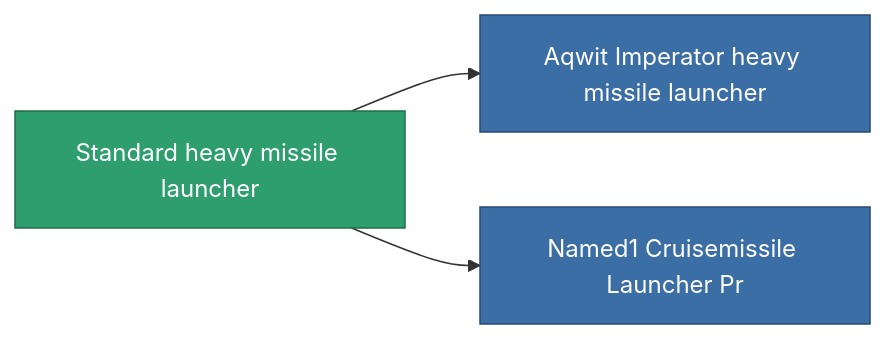
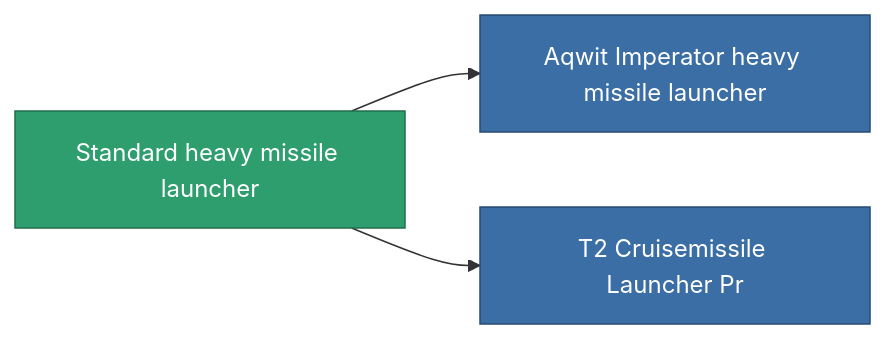
The diagram in content/content/items/standard_cruisemissile_launcher.md (OpenPerpetuum/Wiki), drawn with Mermaid before and after one commit. The commit also changed other lines of this file and 4904 other files, not shown here.

````diff
--- a/content/content/items/standard_cruisemissile_launcher.md
+++ b/content/content/items/standard_cruisemissile_launcher.md
@@ -59,13 +47,13 @@
 ```mermaid
 graph LR
     a["Standard heavy missile launcher"]:::current
     b["Aqwit Imperator heavy missile launcher"]:::prod
     a --> b
     click b "/content/items/named1-cruisemissile-launcher/" "Aqwit Imperator heavy missile launcher"
-    c["Named1 Cruisemissile Launcher Pr"]:::prod
+    c["T2 Cruisemissile Launcher Pr"]:::prod
     a --> c
-    click c "/content/items/named1-cruisemissile-launcher-pr/" "Named1 Cruisemissile Launcher Pr"
+    click c "/content/items/named1-cruisemissile-launcher-pr/" "T2 Cruisemissile Launcher Pr"
     classDef current fill:#2f9e6f,stroke:#1f6f4a,color:#ffffff
     classDef prod fill:#3b6ea5,stroke:#274a75,color:#ffffff
     classDef more fill:#39445a,stroke:#54658a,color:#d5dbe8
 ```
````
